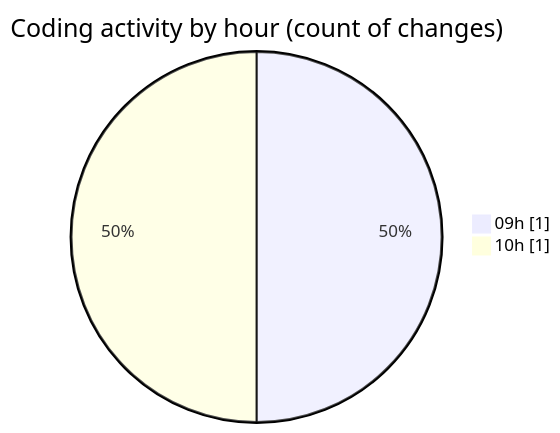
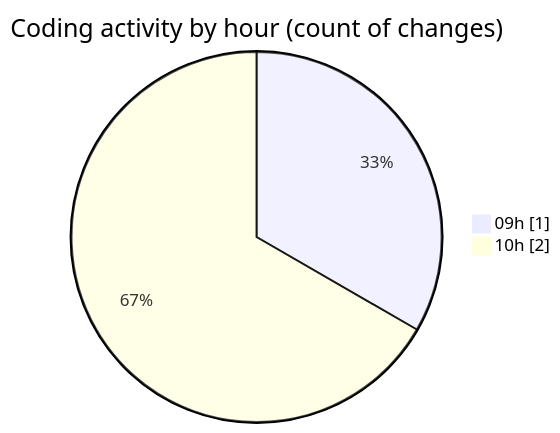
The second of 2 diagrams in 2026-01-14/cda/README.md (momahboobian/code-tracking), drawn with Mermaid before and after one commit. The commit also changed other lines of this file and 1 other file, not shown here.

````diff
--- a/2026-01-14/cda/README.md
+++ b/2026-01-14/cda/README.md
@@ -30,6 +31,6 @@
 ```mermaid
 pie showData
 title Coding activity by hour (count of changes)
 "09h" : 1
-"10h" : 1
+"10h" : 2
 ```
````
